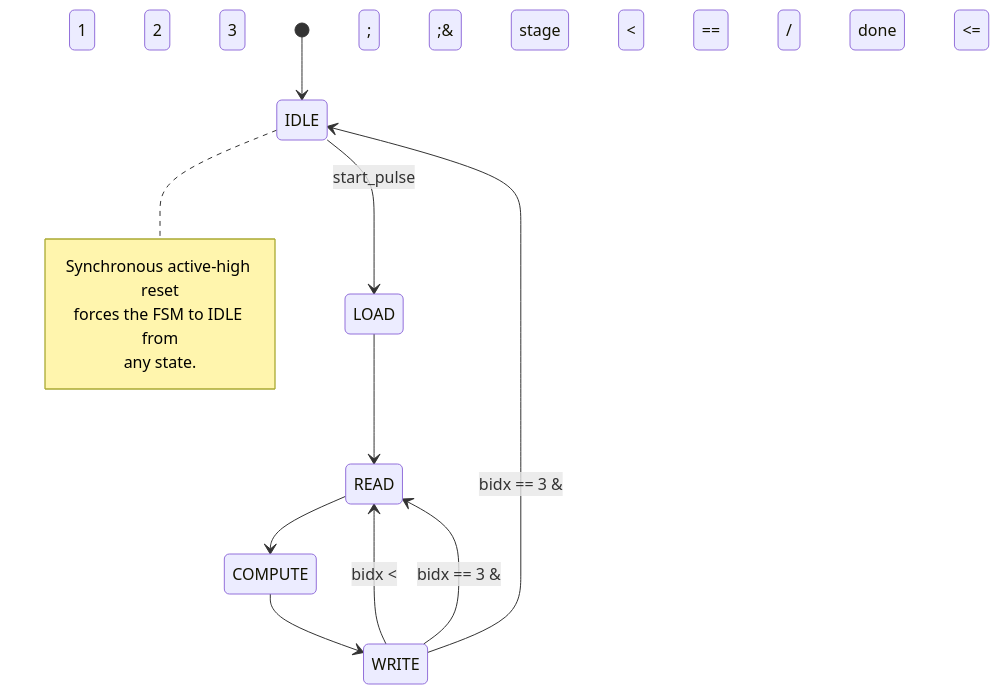
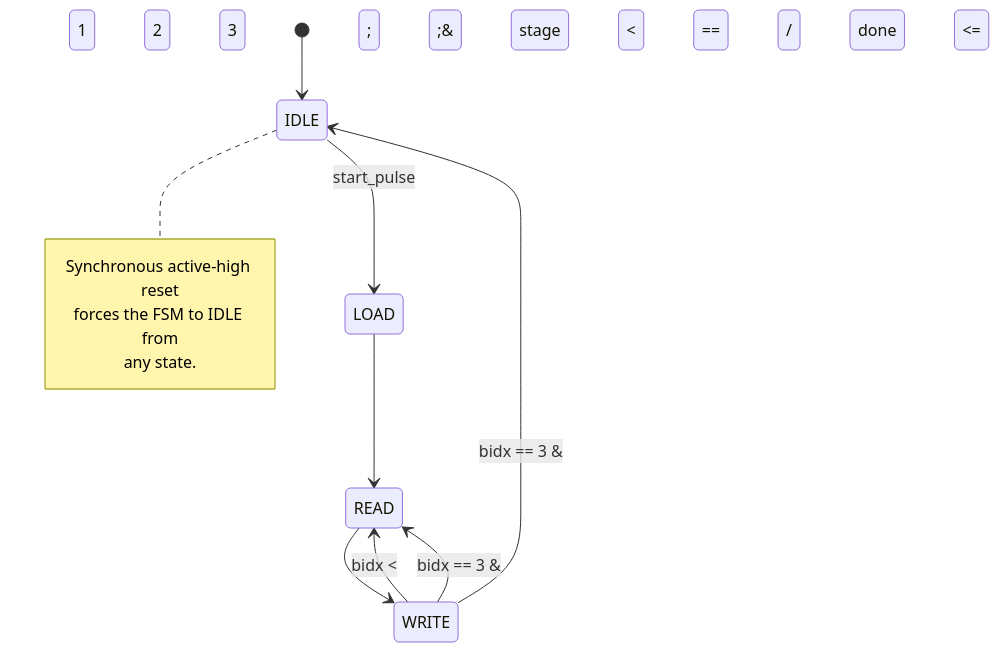
The second of 2 diagrams in README.md (Zeta201/ntt-accelerator), drawn with Mermaid before and after one commit. The commit also changed other lines of this file, not shown here.

````diff
--- a/README.md
+++ b/README.md
@@ -375,17 +371,16 @@
 ```mermaid
 stateDiagram-v2
     [*] --> IDLE
     IDLE --> LOAD: start_pulse
     LOAD --> READ
-    READ --> COMPUTE
-    COMPUTE --> WRITE
+    READ --> WRITE
     WRITE --> READ: bidx &lt; 3
     WRITE --> READ: bidx == 3 &amp;&amp; stage &lt; 2
     WRITE --> IDLE: bidx == 3 &amp;&amp; stage == 2 / done &lt;= 1
 
     note right of IDLE
         Synchronous active-high reset
         forces the FSM to IDLE from
         any state.
     end note
 ```
````
